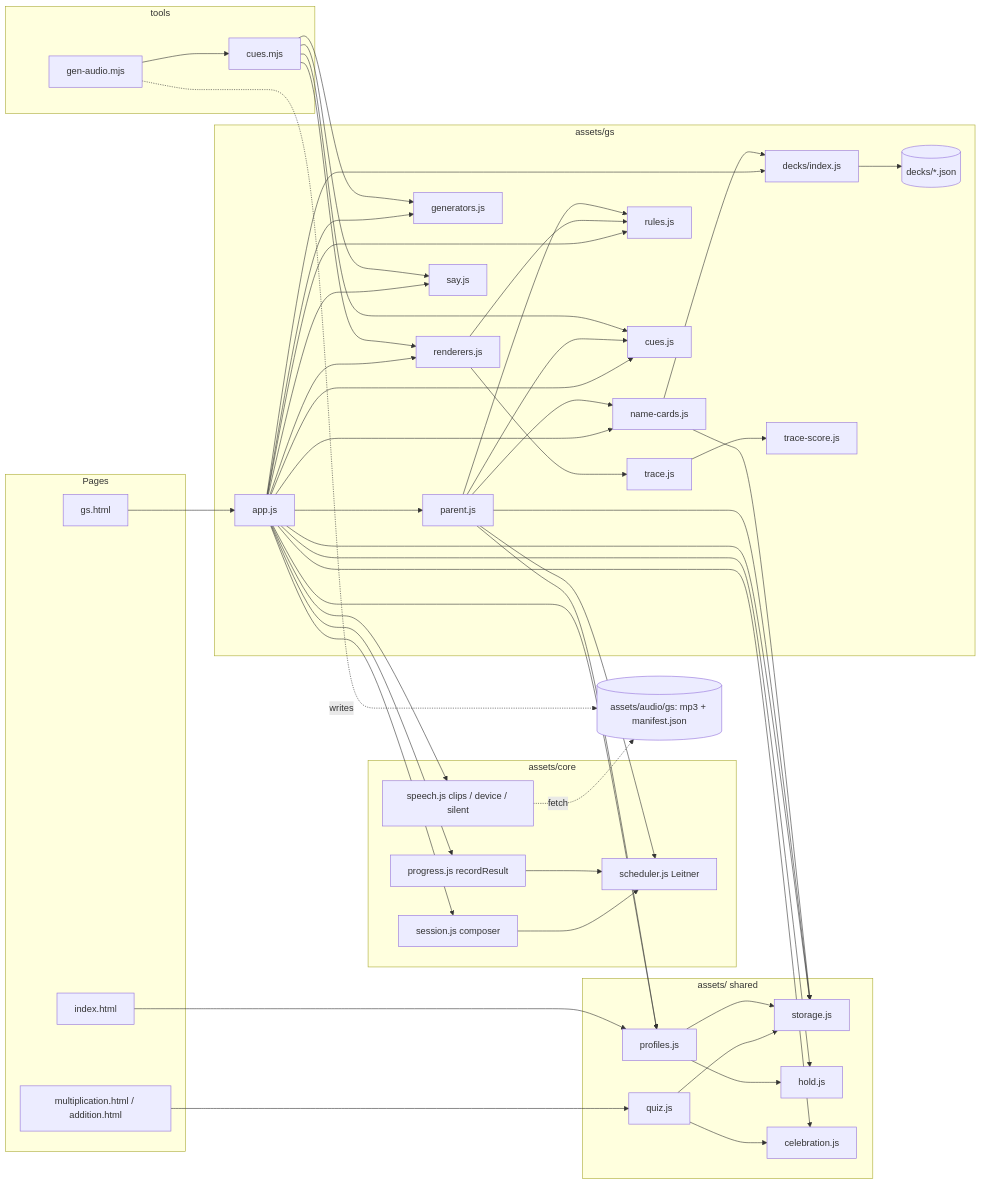
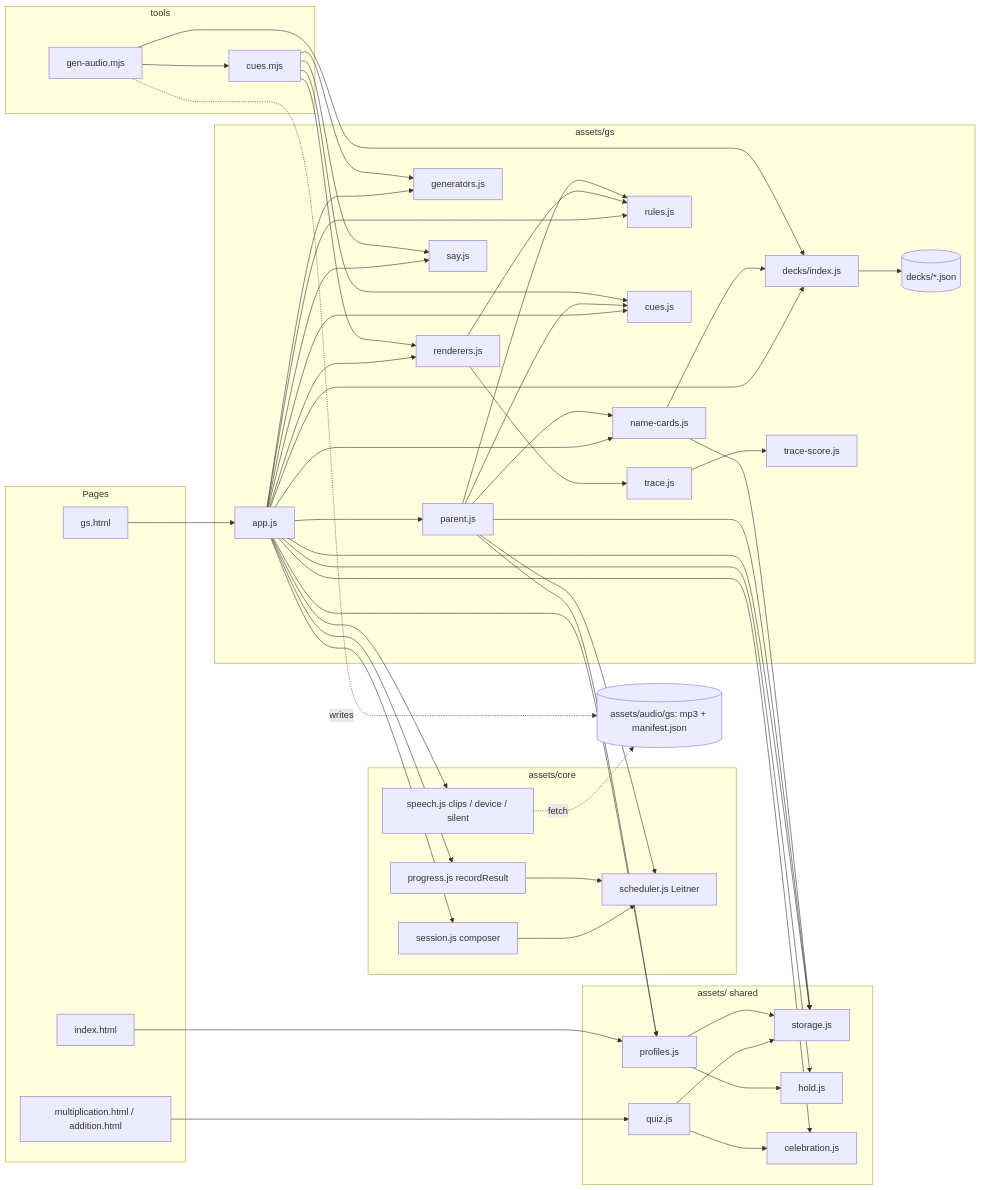
Before and after one commit to plsgard/school: the third of 5 diagrams in ARCHITECTURE.md, drawn with Mermaid. The commit also changed other lines of this file and 3 other files, not shown here.

Commit message:
docs: correct deck authoring rules, audio and diagram details

````diff
--- a/ARCHITECTURE.md
+++ b/ARCHITECTURE.md
@@ -184,59 +184,60 @@
 ```mermaid
 flowchart LR
   subgraph pages [Pages]
     IDX[index.html]
     GSH[gs.html]
     MQ[multiplication.html / addition.html]
   end
   subgraph shared [assets/ shared]
     STO[storage.js]
     PROF[profiles.js]
     HOLD[hold.js]
     CEL[celebration.js]
     QZ[quiz.js]
   end
   subgraph core [assets/core]
     SCH[scheduler.js Leitner]
     SES[session.js composer]
     PRG[progress.js recordResult]
     SPK[speech.js clips / device / silent]
   end
   subgraph gs [assets/gs]
     APP[app.js]
     PAR[parent.js]
     DK[decks/index.js]
     DJ[(decks/*.json)]
     GEN[generators.js]
     RND[renderers.js]
     TR[trace.js]
     TS[trace-score.js]
     RUL[rules.js]
     CUE[cues.js]
     SAY[say.js]
     NC[name-cards.js]
   end
   CLIPS[(assets/audio/gs: mp3 + manifest.json)]
   subgraph tools [tools]
     GA[gen-audio.mjs] --> TC[cues.mjs]
   end
 
   IDX --> PROF
   MQ --> QZ --> STO
   QZ --> CEL
   GSH --> APP
   PROF --> STO
   PROF --> HOLD
   APP --> STO & PROF & HOLD & CEL
   APP --> SES & PRG & SPK
   APP --> DK & GEN & RND & PAR & RUL & CUE & SAY & NC
   SES --> SCH
   PRG --> SCH
   DK --> DJ
   RND --> TR --> TS
   RND --> RUL
   PAR --> STO & PROF & SCH & RUL & CUE & NC
   NC --> STO & DK
   SPK -. fetch .-> CLIPS
   TC --> GEN & RND & CUE & SAY
+  GA --> DK
   GA -. writes .-> CLIPS
 ```
````
